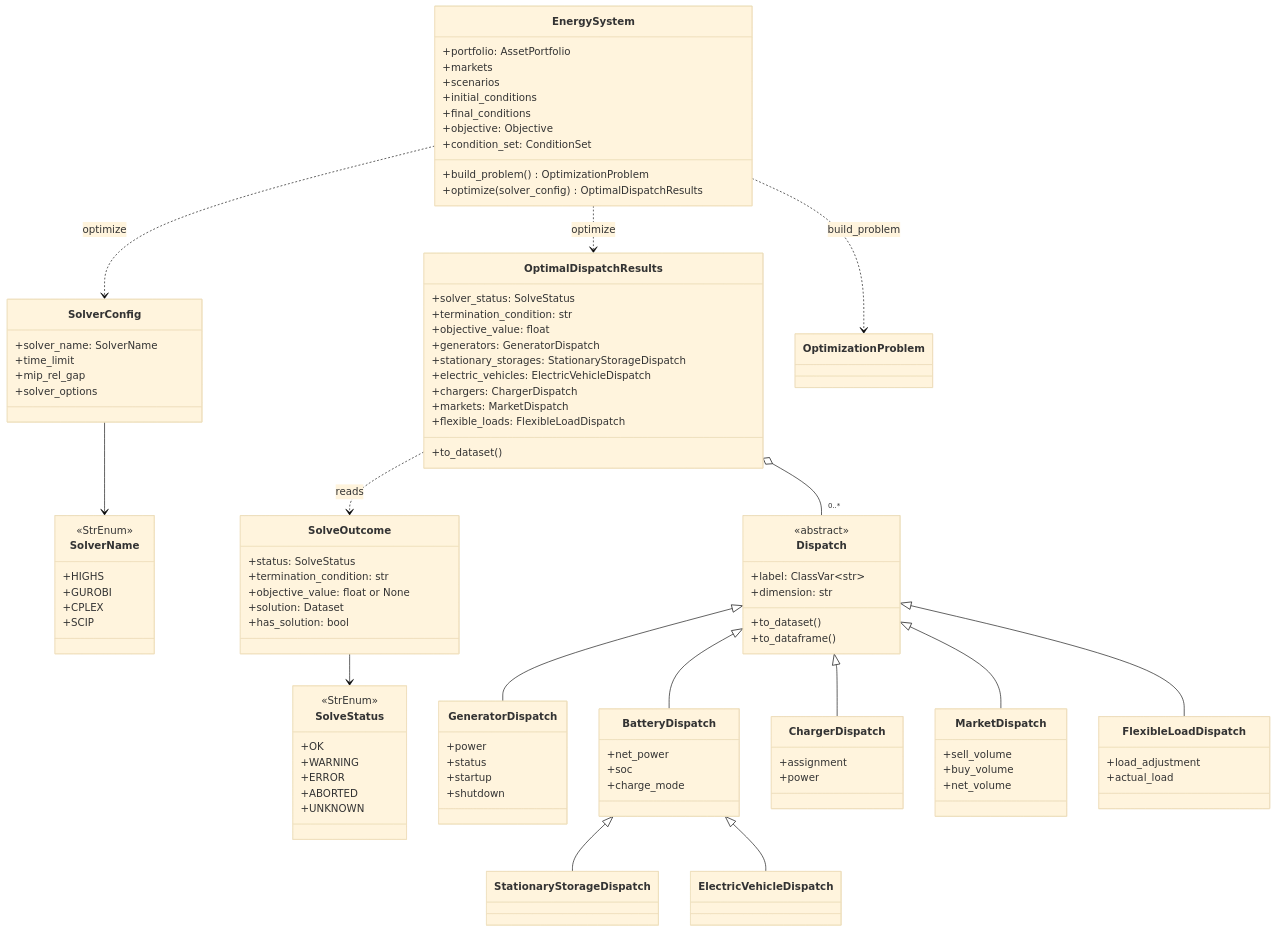
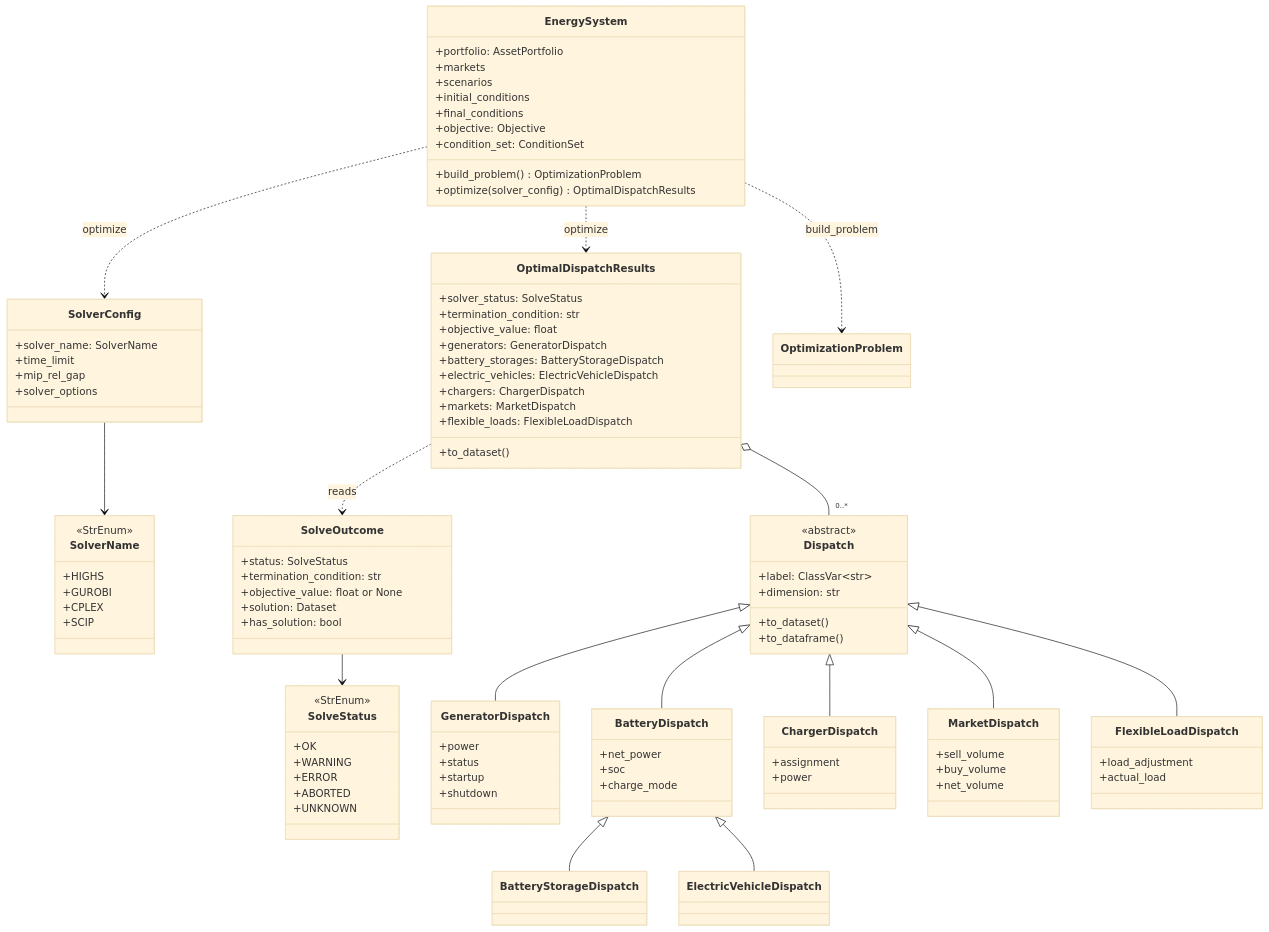
Before and after one commit to ramirocrc/odys: the third of 4 diagrams in docs/developer/data_model.md, drawn with Mermaid (base theme). The commit also changed other lines of this file and 69 other files, not shown here.

First line of the commit message:
Rename StationaryStorage to BatteryStorage

```diff
--- a/docs/developer/data_model.md
+++ b/docs/developer/data_model.md
@@ -410,7 +410,7 @@
         +soc
         +charge_mode
     }
-    class StationaryStorageDispatch
+    class BatteryStorageDispatch
     class ElectricVehicleDispatch
     class ChargerDispatch {
         +assignment
@@ -430,7 +430,7 @@
         +termination_condition: str
         +objective_value: float
         +generators: GeneratorDispatch
-        +stationary_storages: StationaryStorageDispatch
+        +battery_storages: BatteryStorageDispatch
         +electric_vehicles: ElectricVehicleDispatch
         +chargers: ChargerDispatch
         +markets: MarketDispatch
@@ -447,7 +447,7 @@
     OptimalDispatchResults o-- "0..*" Dispatch
     Dispatch <|-- GeneratorDispatch
     Dispatch <|-- BatteryDispatch
-    BatteryDispatch <|-- StationaryStorageDispatch
+    BatteryDispatch <|-- BatteryStorageDispatch
     BatteryDispatch <|-- ElectricVehicleDispatch
     Dispatch <|-- ChargerDispatch
     Dispatch <|-- MarketDispatch
```
